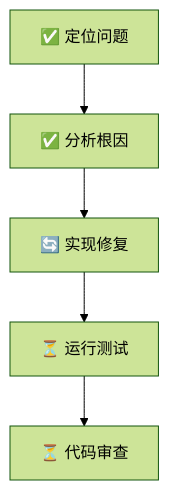
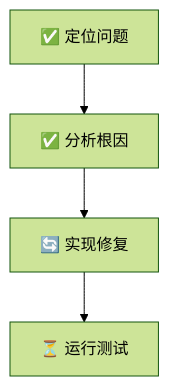
Before and after one commit to fql9/multiagent-autodev-workflow: the diagram in docs/GETTING_STARTED.md, drawn with Mermaid (forest theme). The commit also changed other lines of this file and 12 other files, not shown here.

Commit message:
refactor: upgrade dashboard schema to v2 and update docs

````diff
--- a/docs/GETTING_STARTED.md
+++ b/docs/GETTING_STARTED.md
@@ -219,7 +239,6 @@
 ```mermaid
 graph TD
-    T1[✅ 定位问题] --> T2[✅ 分析根因]
-    T2 --> T3[🔄 实现修复]
-    T3 --> T4[⏳ 运行测试]
-    T4 --> T5[⏳ 代码审查]
+  T1[✅ 定位问题] --> T2[✅ 分析根因]
+  T2 --> T3[🔄 实现修复]
+  T3 --> T4[⏳ 运行测试]
 ```
````
